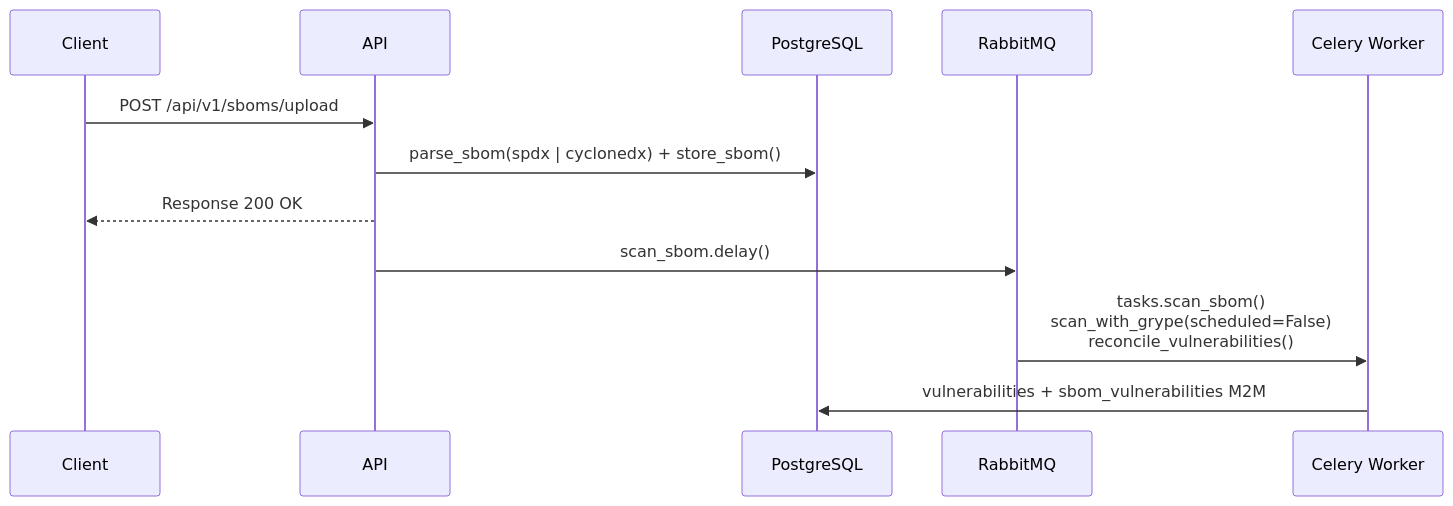
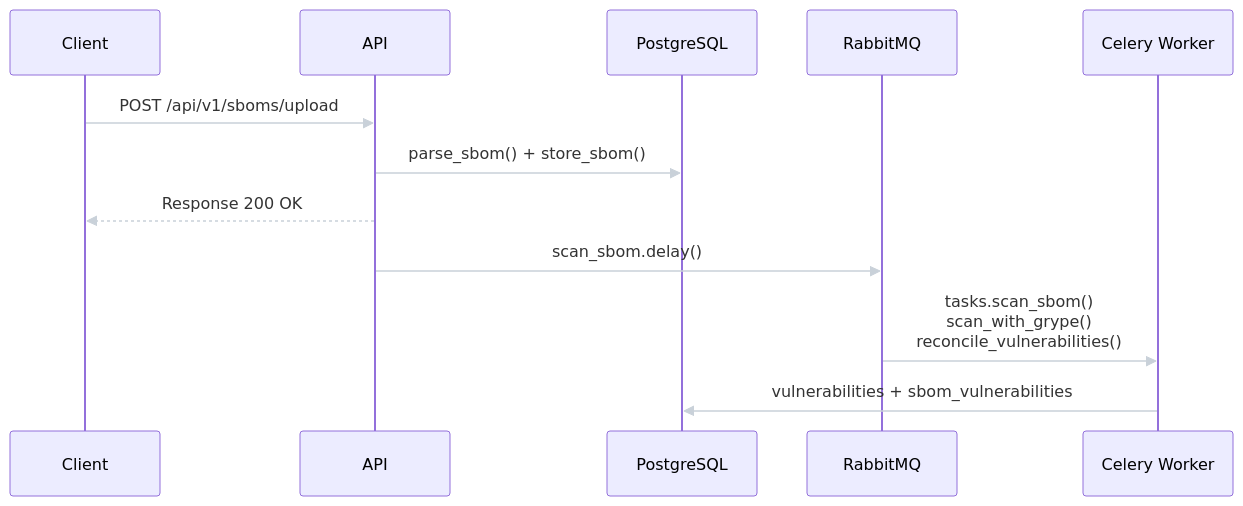
Before and after one commit to trottomv/argus-sbomguard: the second of 4 diagrams in docs/development/architecture.md, drawn with Mermaid. The commit also changed other lines of this file and 2 other files, not shown here.

First line of the commit message:
docs: improve diagram readability on dark theme

````diff
--- a/docs/development/architecture.md
+++ b/docs/development/architecture.md
@@ -111,15 +113,16 @@
 ```mermaid
+%%{init: {"themeVariables": {"signalColor": "#c9d1d9"}}}%%
 sequenceDiagram
     participant C as Client
     participant A as API
     participant D as PostgreSQL
     participant R as RabbitMQ
     participant W as Celery Worker
 
     C->>A: POST /api/v1/sboms/upload
-    A->>D: parse_sbom(spdx | cyclonedx) + store_sbom()
+    A->>D: parse_sbom() + store_sbom()
     A-->>C: Response 200 OK
     A->>R: scan_sbom.delay()
-    R->>W: tasks.scan_sbom() <br/> scan_with_grype(scheduled=False) <br/> reconcile_vulnerabilities()
-    W->>D: vulnerabilities + sbom_vulnerabilities M2M
+    R->>W: tasks.scan_sbom() <br/> scan_with_grype() <br/> reconcile_vulnerabilities()
+    W->>D: vulnerabilities + sbom_vulnerabilities
 ```
````
